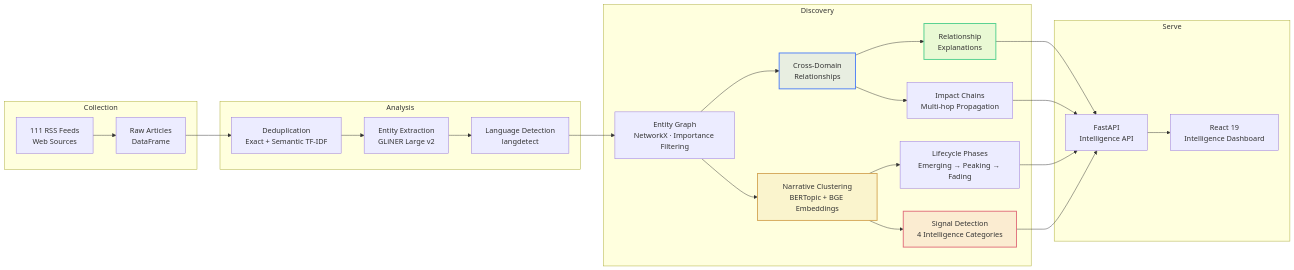
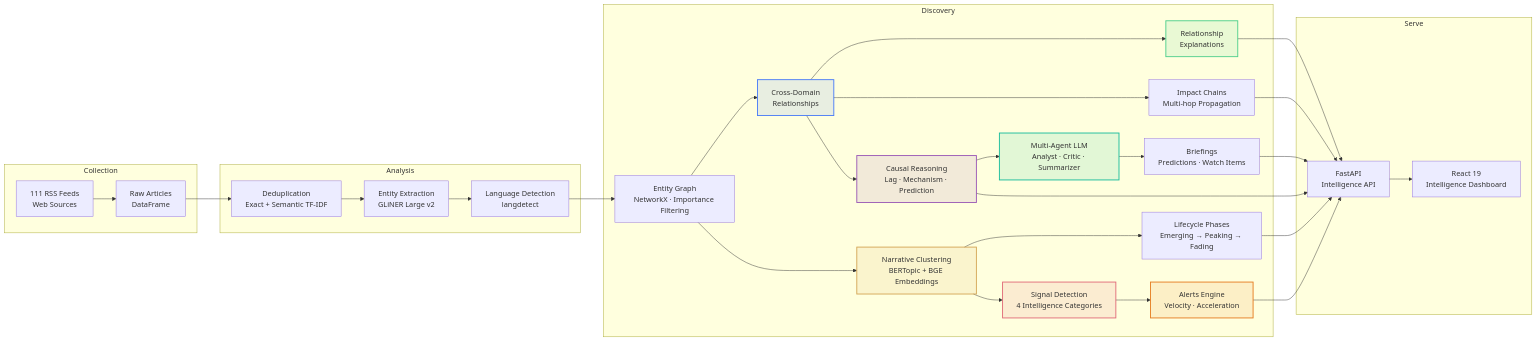
One commit to NYN-05/NewsPulse changed the second of 3 diagrams in README.md. Above: the diagram before and after it, drawn with Mermaid. The commit also changed other lines of this file and 4 other files, not shown here.

````diff
--- a/README.md
+++ b/README.md
@@ -156,35 +187,44 @@
 ```mermaid
 flowchart LR
     subgraph Collect["Collection"]
         FEEDS["111 RSS Feeds<br/>Web Sources"] --> RAW["Raw Articles<br/>DataFrame"]
     end
 
     subgraph Analyze["Analysis"]
         RAW --> DEDUP["Deduplication<br/>Exact + Semantic TF-IDF"]
         DEDUP --> NER["Entity Extraction<br/>GLiNER Large v2"]
         NER --> LANG["Language Detection<br/>langdetect"]
     end
 
     subgraph Discover["Discovery"]
         LANG --> GRAPH["Entity Graph<br/>NetworkX · Importance Filtering"]
         GRAPH --> REL["Cross-Domain<br/>Relationships"]
         REL --> EXPLAIN["Relationship<br/>Explanations"]
         REL --> IMPACT["Impact Chains<br/>Multi-hop Propagation"]
+        REL --> CAUSAL["Causal Reasoning<br/>Lag · Mechanism · Prediction"]
         GRAPH --> NARR["Narrative Clustering<br/>BERTopic + BGE Embeddings"]
         NARR --> PHASES["Lifecycle Phases<br/>Emerging → Peaking → Fading"]
         NARR --> SIG["Signal Detection<br/>4 Intelligence Categories"]
+        SIG --> ALERTS["Alerts Engine<br/>Velocity · Acceleration"]
+        CAUSAL --> AGENTS["Multi-Agent LLM<br/>Analyst · Critic · Summarizer"]
+        AGENTS --> BRIEF["Briefings<br/>Predictions · Watch Items"]
     end
 
     subgraph Serve["Serve"]
         EXPLAIN --> API["FastAPI<br/>Intelligence API"]
         PHASES --> API
-        SIG --> API
+        ALERTS --> API
+        BRIEF --> API
         IMPACT --> API
+        CAUSAL --> API
         API --> UI["React 19<br/>Intelligence Dashboard"]
     end
 
     style REL fill:#4a7cf720,stroke:#4a7cf7,stroke-width:2px
     style EXPLAIN fill:#4fcf8d20,stroke:#4fcf8d,stroke-width:2px
     style SIG fill:#e06c7a20,stroke:#e06c7a,stroke-width:2px
     style NARR fill:#d4a75720,stroke:#d4a757,stroke-width:2px
+    style CAUSAL fill:#9b59b620,stroke:#9b59b6,stroke-width:2px
+    style AGENTS fill:#1abc9c20,stroke:#1abc9c,stroke-width:2px
+    style ALERTS fill:#e67e2220,stroke:#e67e22,stroke-width:2px
 ```
````
